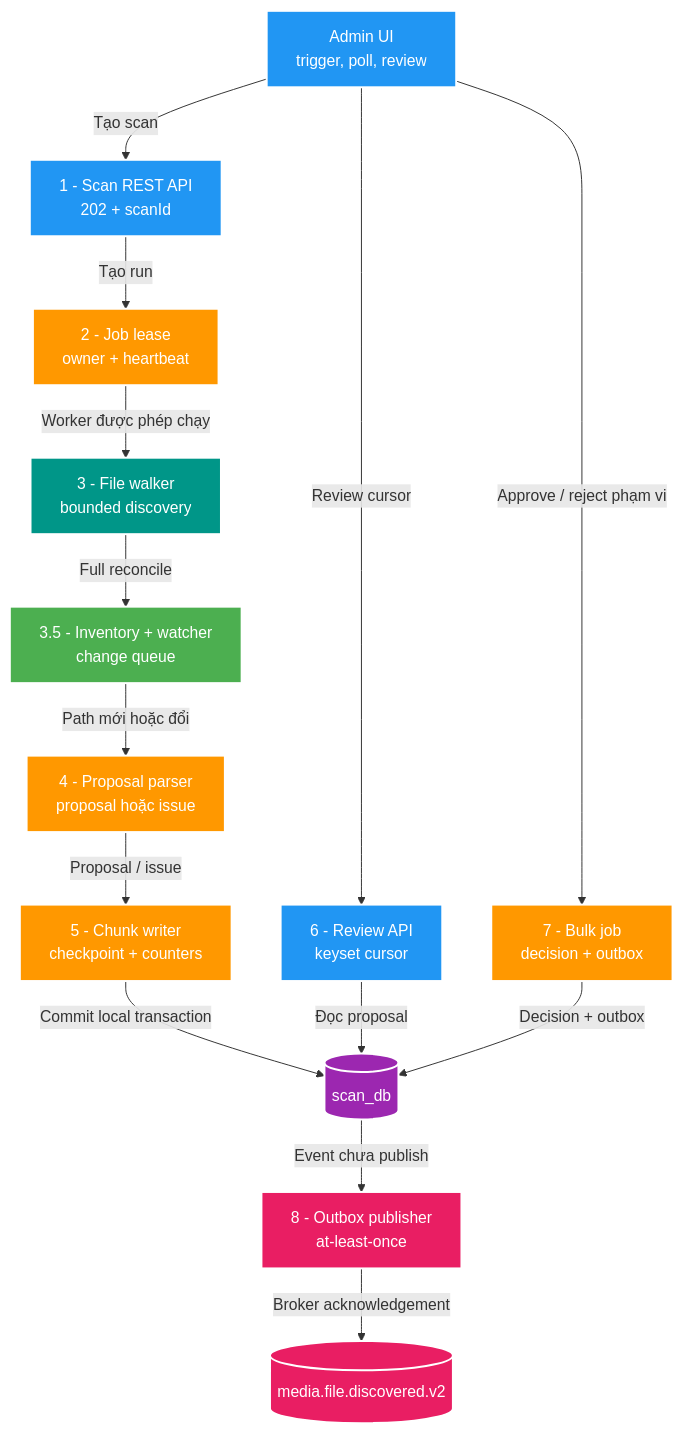
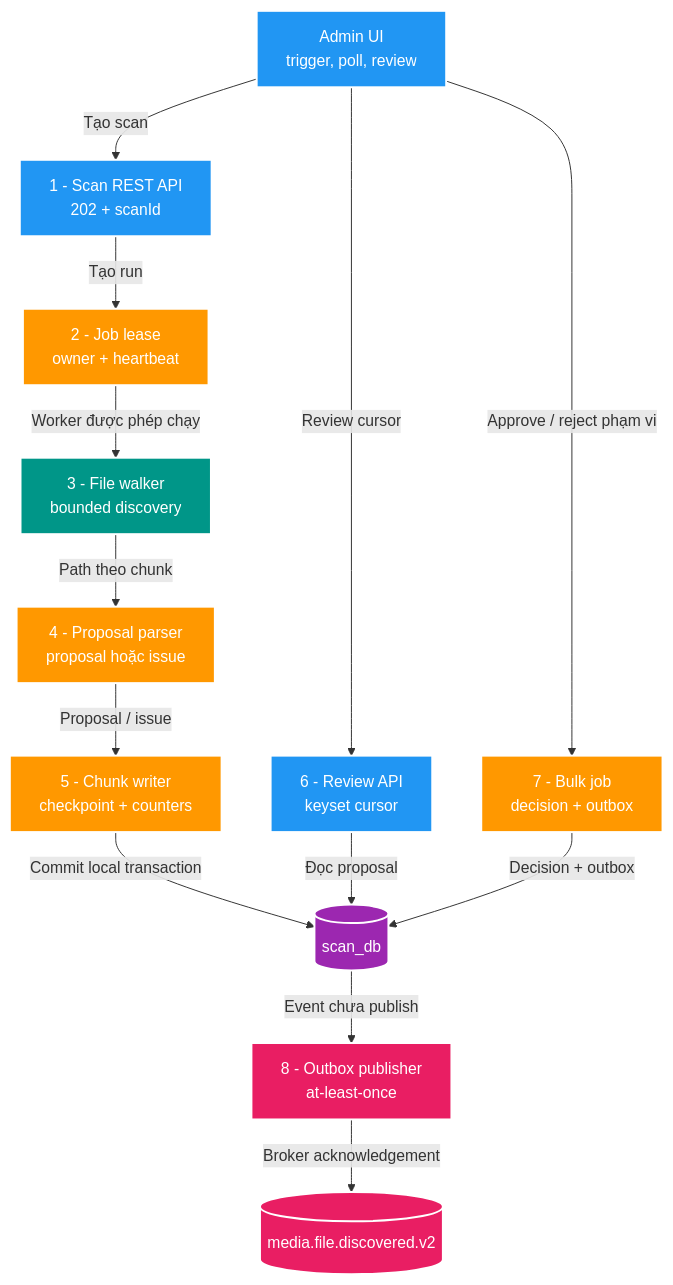
The first of 6 diagrams in manual/learning/use-cases/scale-capacity/sc-01-scan-one-million-filesystem-entry/02-architecture-touchpoints-and-flows.md (HungPhan200591/file-mngt-be-v2), drawn with Mermaid before and after one commit. The commit also changed other lines of this file and 2 other files, not shown here.

````diff
--- a/manual/learning/use-cases/scale-capacity/sc-01-scan-one-million-filesystem-entry/02-architecture-touchpoints-and-flows.md
+++ b/manual/learning/use-cases/scale-capacity/sc-01-scan-one-million-filesystem-entry/02-architecture-touchpoints-and-flows.md
@@ -11,42 +11,39 @@
 ```mermaid
 flowchart TD
     FE["<font color='white'>Admin UI<br/>trigger, poll, review</font>"]
     API["<font color='white'>1 - Scan REST API<br/>202 + scanId</font>"]
     LEASE["<font color='white'>2 - Job lease<br/>owner + heartbeat</font>"]
     WALK["<font color='white'>3 - File walker<br/>bounded discovery</font>"]
-    INVENTORY["<font color='white'>3.5 - Inventory + watcher<br/>change queue</font>"]
     PARSER["<font color='white'>4 - Proposal parser<br/>proposal hoặc issue</font>"]
     BATCH["<font color='white'>5 - Chunk writer<br/>checkpoint + counters</font>"]
     DB[("<font color='white'>scan_db</font>")]
     QUERY["<font color='white'>6 - Review API<br/>keyset cursor</font>"]
     BULK["<font color='white'>7 - Bulk job<br/>decision + outbox</font>"]
     PUB["<font color='white'>8 - Outbox publisher<br/>at-least-once</font>"]
     KAFKA[("<font color='white'>media.file.discovered.v2</font>")]
 
     FE -->|"Tạo scan"| API
     API -->|"Tạo run"| LEASE
     LEASE -->|"Worker được phép chạy"| WALK
-    WALK -->|"Full reconcile"| INVENTORY
-    INVENTORY -->|"Path mới hoặc đổi"| PARSER
+    WALK -->|"Path theo chunk"| PARSER
     PARSER -->|"Proposal / issue"| BATCH
     BATCH -->|"Commit local transaction"| DB
     FE -->|"Review cursor"| QUERY
     QUERY -->|"Đọc proposal"| DB
     FE -->|"Approve / reject phạm vi"| BULK
     BULK -->|"Decision + outbox"| DB
     DB -->|"Event chưa publish"| PUB
     PUB -->|"Broker acknowledgement"| KAFKA
 
     style FE fill:#2196F3,stroke:#fff,stroke-width:2px
     style API fill:#2196F3,stroke:#fff,stroke-width:2px
     style LEASE fill:#FF9800,stroke:#fff,stroke-width:2px
     style WALK fill:#009688,stroke:#fff,stroke-width:2px
-    style INVENTORY fill:#4CAF50,stroke:#fff,stroke-width:2px
     style PARSER fill:#FF9800,stroke:#fff,stroke-width:2px
     style BATCH fill:#FF9800,stroke:#fff,stroke-width:2px
     style DB fill:#9C27B0,stroke:#fff,stroke-width:2px
     style QUERY fill:#2196F3,stroke:#fff,stroke-width:2px
     style BULK fill:#FF9800,stroke:#fff,stroke-width:2px
     style PUB fill:#E91E63,stroke:#fff,stroke-width:2px
     style KAFKA fill:#E91E63,stroke:#fff,stroke-width:2px
 ```
````
